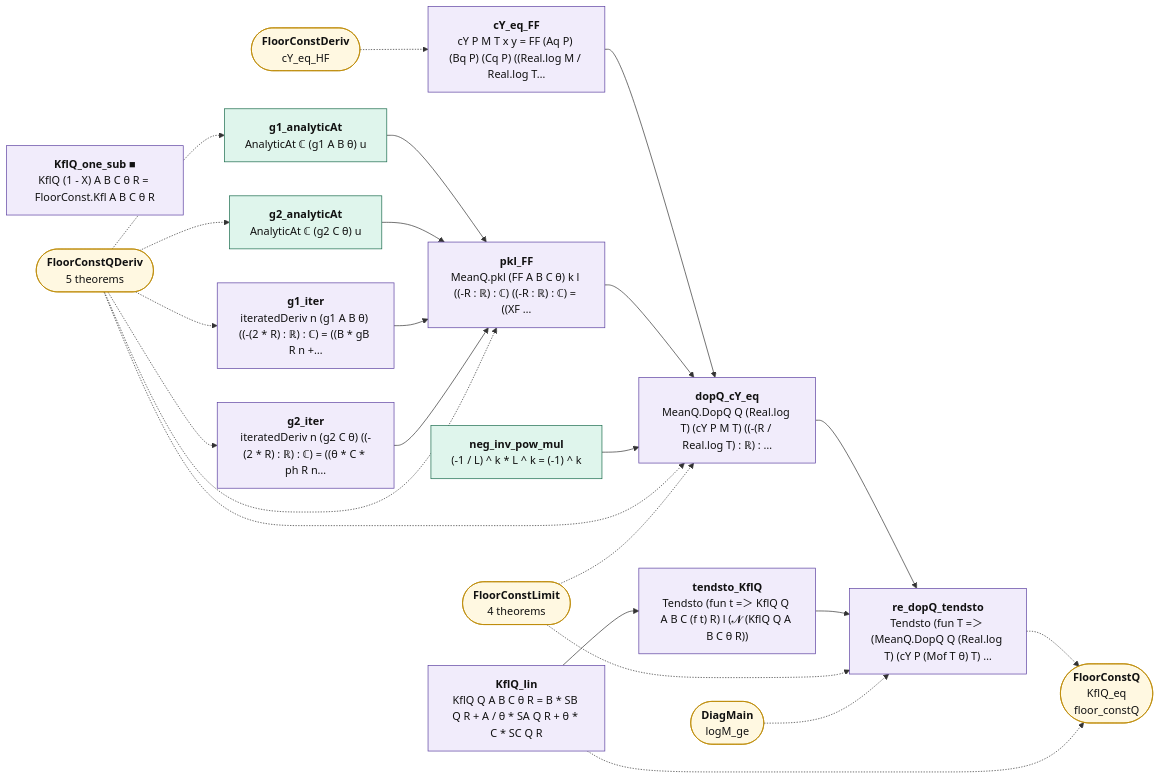
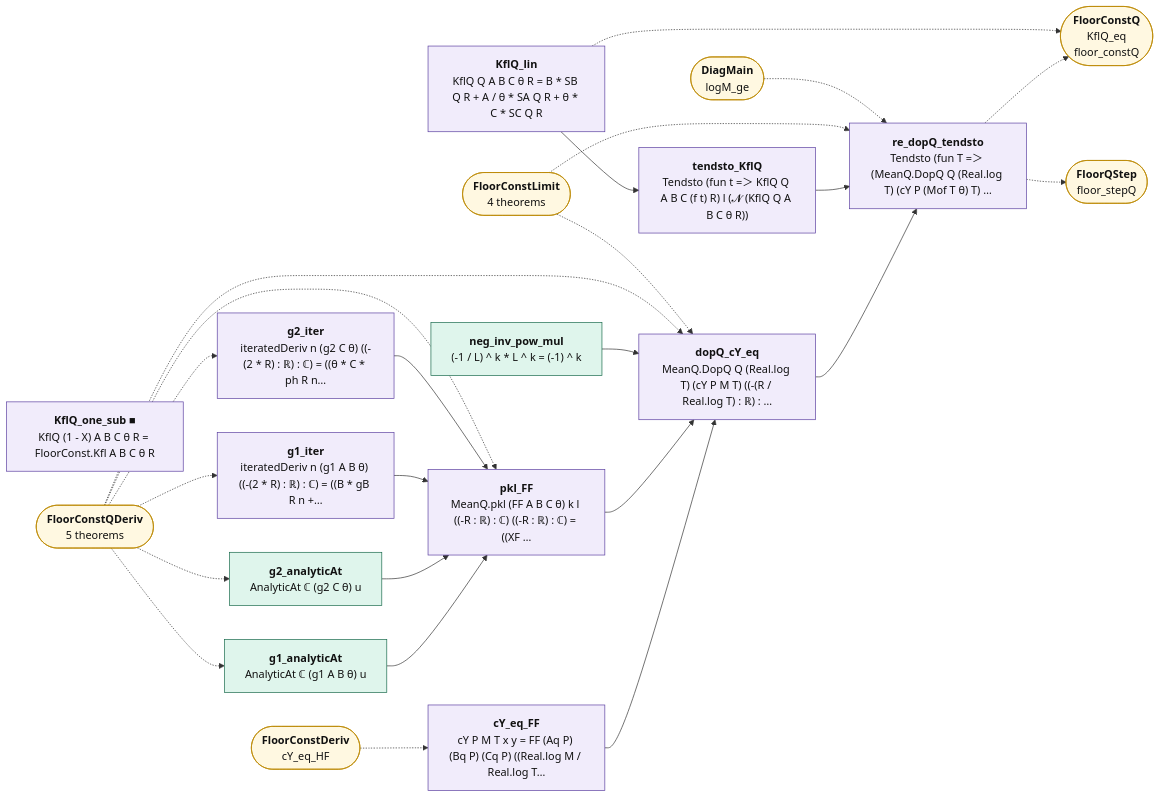
One commit to juliansambranojr/Primebeat_081426 changed the diagram in map/lean_stage3/FloorConstQLimit.md. Above: the diagram before and after it, drawn with Mermaid. The commit also changed other lines of this file and 70 other files, not shown here.

````diff
--- a/map/lean_stage3/FloorConstQLimit.md
+++ b/map/lean_stage3/FloorConstQLimit.md
@@ -14,50 +14,52 @@
 ```mermaid
 flowchart LR
   n0["<b>cY_eq_FF</b><br/>cY P M T x y = FF (Aq P) (Bq P) (Cq P) ((Real.log M / Real.log T…"]:::shp
   n1["<b>g1_analyticAt</b><br/>AnalyticAt ℂ (g1 A B θ) u"]:::cnt
   n2["<b>g2_analyticAt</b><br/>AnalyticAt ℂ (g2 C θ) u"]:::cnt
   n3["<b>g1_iter</b><br/>iteratedDeriv n (g1 A B θ) ((-(2 * R) : ℝ) : ℂ) = ((B * gB R n +…"]:::shp
   n4["<b>g2_iter</b><br/>iteratedDeriv n (g2 C θ) ((-(2 * R) : ℝ) : ℂ) = ((θ * C * ph R n…"]:::shp
   n5["<b>pkl_FF</b><br/>MeanQ.pkl (FF A B C θ) k l ((-R : ℝ) : ℂ) ((-R : ℝ) : ℂ) = ((XF …"]:::shp
   n6["<b>neg_inv_pow_mul</b><br/>(-1 / L) ^ k * L ^ k = (-1) ^ k"]:::cnt
   n7["<b>dopQ_cY_eq</b><br/>MeanQ.DopQ Q (Real.log T) (cY P M T) ((-(R / Real.log T) : ℝ) : …"]:::shp
   n8["<b>KflQ_lin</b><br/>KflQ Q A B C θ R = B * SB Q R + A / θ * SA Q R + θ * C * SC Q R"]:::shp
   n9["<b>tendsto_KflQ</b><br/>Tendsto (fun t =＞ KflQ Q A B C (f t) R) l (𝓝 (KflQ Q A B C θ R))"]:::shp
   n10["<b>re_dopQ_tendsto</b><br/>Tendsto (fun T =＞ (MeanQ.DopQ Q (Real.log T) (cY P (Mof T θ) T) …"]:::shp
   n11["<b>KflQ_one_sub ■</b><br/>KflQ (1 - X) A B C θ R = FloorConst.Kfl A B C θ R"]:::shp
   x0(["<b>FloorConstDeriv</b><br/>cY_eq_HF"]):::ext
   x1(["<b>FloorConstQDeriv</b><br/>5 theorems"]):::ext
   x2(["<b>FloorConstLimit</b><br/>4 theorems"]):::ext
   x3(["<b>FloorConstQ</b><br/>KflQ_eq<br/>floor_constQ"]):::ext
   x4(["<b>DiagMain</b><br/>logM_ge"]):::ext
+  x5(["<b>FloorQStep</b><br/>floor_stepQ"]):::ext
   n0 --> n7
   n1 --> n5
   n2 --> n5
   n3 --> n5
   n4 --> n5
   n5 --> n7
   n6 --> n7
   n7 --> n10
   n8 --> n9
   n9 --> n10
   n10 -.-> x3
+  n10 -.-> x5
   n8 -.-> x3
   x0 -.-> n0
   x1 -.-> n1
   x1 -.-> n2
   x1 -.-> n3
   x1 -.-> n4
   x1 -.-> n5
   x1 -.-> n7
   x2 -.-> n10
   x2 -.-> n7
   x4 -.-> n10
   classDef cnt fill:#dff5ec,stroke:#17694a,color:#111
   classDef shp fill:#f1ecfb,stroke:#5b3fa0,color:#111
   classDef rh fill:#ffe5e5,stroke:#c22,color:#111,stroke-width:2px
   classDef thm fill:#eef4ff,stroke:#335,color:#111
   classDef end_ fill:#e7f7e7,stroke:#2a7,color:#111,stroke-width:2px
   classDef lone fill:#fff,stroke:#999,color:#111,stroke-dasharray:4 3
   classDef bad fill:#ffe5e5,stroke:#c22,color:#111,stroke-width:2px
   classDef ext fill:#fff8e1,stroke:#b80,color:#111
 ```
````
